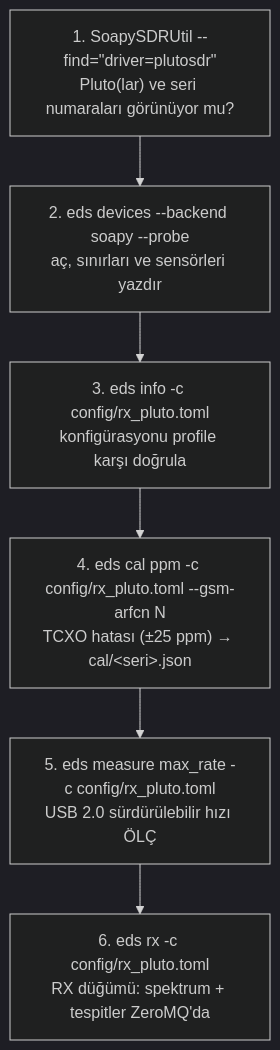
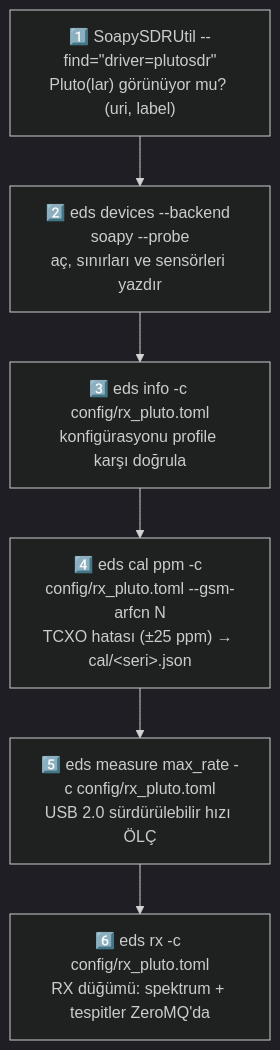
The tenth of 13 diagrams in docs/KURULUM.md (Nogeday/Sdr-kodlama), drawn with Mermaid (dark theme) before and after one commit. The commit also changed other lines of this file and 39 other files, not shown here.

````diff
--- a/docs/KURULUM.md
+++ b/docs/KURULUM.md
@@ -303,10 +1135,10 @@
 ```mermaid
 flowchart TD
-    S1["1. SoapySDRUtil --find=#quot;driver=plutosdr#quot;<br/>Pluto(lar) ve seri numaraları görünüyor mu?"]
-    S2["2. eds devices --backend soapy --probe<br/>aç, sınırları ve sensörleri yazdır"]
-    S3["3. eds info -c config/rx_pluto.toml<br/>konfigürasyonu profile karşı doğrula"]
-    S4["4. eds cal ppm -c config/rx_pluto.toml --gsm-arfcn N<br/>TCXO hatası (±25 ppm) → cal/#lt;seri#gt;.json"]
-    S5["5. eds measure max_rate -c config/rx_pluto.toml<br/>USB 2.0 sürdürülebilir hızı ÖLÇ"]
-    S6["6. eds rx -c config/rx_pluto.toml<br/>RX düğümü: spektrum + tespitler ZeroMQ'da"]
+    S1["1️⃣ SoapySDRUtil --find=#quot;driver=plutosdr#quot;<br/>Pluto(lar) görünüyor mu? (uri, label)"]
+    S2["2️⃣ eds devices --backend soapy --probe<br/>aç, sınırları ve sensörleri yazdır"]
+    S3["3️⃣ eds info -c config/rx_pluto.toml<br/>konfigürasyonu profile karşı doğrula"]
+    S4["4️⃣ eds cal ppm -c config/rx_pluto.toml --gsm-arfcn N<br/>TCXO hatası (±25 ppm) → cal/#lt;seri#gt;.json"]
+    S5["5️⃣ eds measure max_rate -c config/rx_pluto.toml<br/>USB 2.0 sürdürülebilir hızı ÖLÇ"]
+    S6["6️⃣ eds rx -c config/rx_pluto.toml<br/>RX düğümü: spektrum + tespitler ZeroMQ'da"]
     S1 --> S2 --> S3 --> S4 --> S5 --> S6
 ```
````
